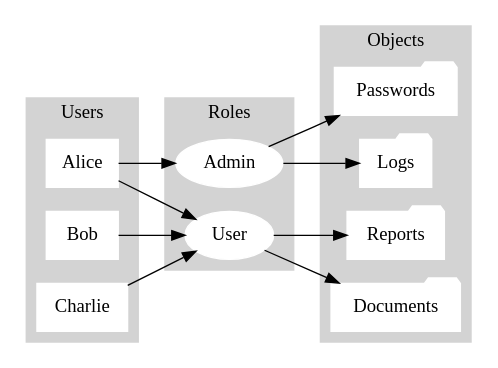
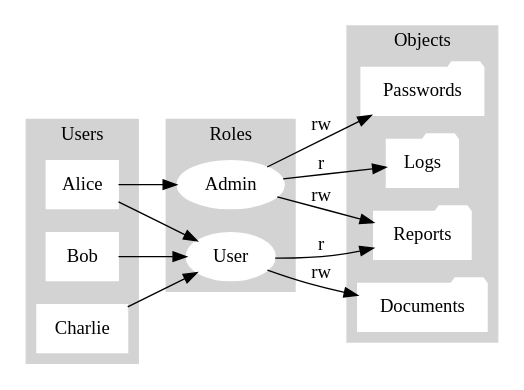
One commit to scott-linder/rbacfs changed the diagram in doc/rbac/rbac.dot. Above: the diagram before and after it, drawn with Graphviz.

Commit message:
Add edge labels to rbac diagram

```diff
--- a/doc/rbac/rbac.dot
+++ b/doc/rbac/rbac.dot
@@ -1,34 +1,35 @@
 digraph rbac {
 rankdir=LR
 
 subgraph cluster_users {
     style=filled
     color=lightgrey
     label=Users
     Alice, Bob, Charlie [shape=box,style=filled,color=white]
 }
 
 subgraph cluster_roles {
     style=filled
     color=lightgrey
     label=Roles
     Admin, User [shape=oval,style=filled,color=white]
 }
 
 subgraph cluster_objects {
     style=filled
     color=lightgrey
     label=Objects
     Passwords, Logs, Reports, Documents [shape=folder,style=filled,color=white]
 }
 
 Alice -> Admin
 Alice -> User
 Bob -> User
 Charlie -> User
 
-Admin -> Passwords
-Admin -> Logs
-User -> Reports
-User -> Documents
+Admin -> Passwords [label="rw"]
+Admin -> Logs [label="r"]
+Admin -> Reports [label="rw"]
+User -> Reports [label="r"]
+User -> Documents [label="rw"]
 }
```
